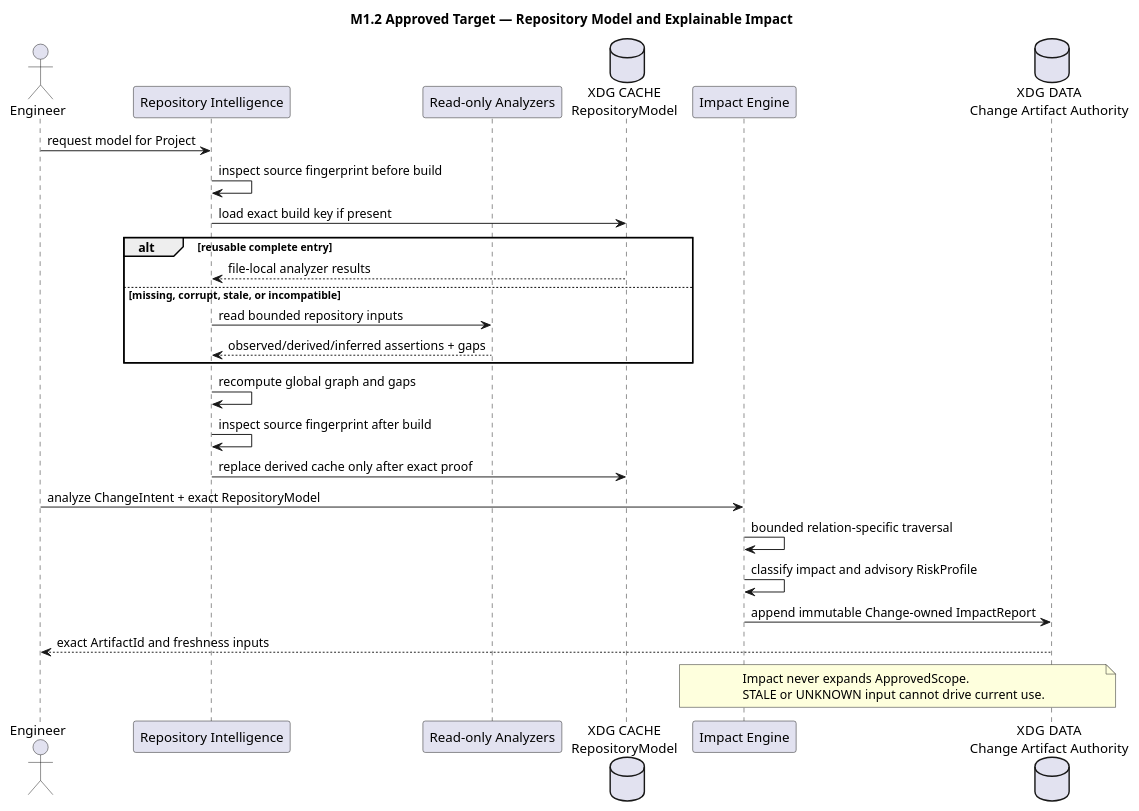
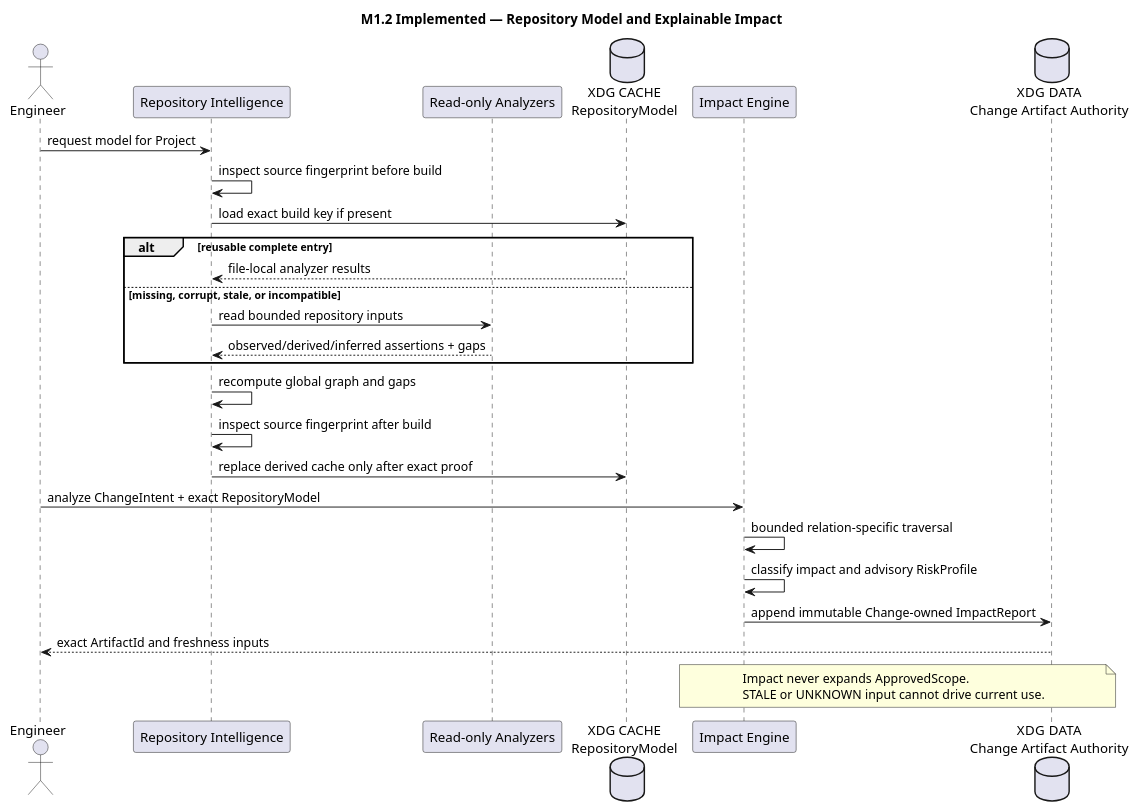
Before and after one commit to Eu-Pedro0ficial/praetor: the diagram in docs/architecture/src/docs/arc42/diagrams/dynamic-impact-analysis.puml, drawn with PlantUML. The commit also changed 49 other files, not shown here.

Commit message:
feat(m1.2): add repository intelligence impact and risk

```diff
--- a/docs/architecture/src/docs/arc42/diagrams/dynamic-impact-analysis.puml
+++ b/docs/architecture/src/docs/arc42/diagrams/dynamic-impact-analysis.puml
@@ -1,31 +1,31 @@
 @startuml
-title M1.2 Approved Target — Repository Model and Explainable Impact
+title M1.2 Implemented — Repository Model and Explainable Impact
 actor Engineer
 participant "Repository Intelligence" as RI
 participant "Read-only Analyzers" as Analyzer
 database "XDG CACHE\nRepositoryModel" as Cache
 participant "Impact Engine" as Impact
 database "XDG DATA\nChange Artifact Authority" as Authority
 
 Engineer -> RI: request model for Project
 RI -> RI: inspect source fingerprint before build
 RI -> Cache: load exact build key if present
 alt reusable complete entry
   Cache --> RI: file-local analyzer results
 else missing, corrupt, stale, or incompatible
   RI -> Analyzer: read bounded repository inputs
   Analyzer --> RI: observed/derived/inferred assertions + gaps
 end
 RI -> RI: recompute global graph and gaps
 RI -> RI: inspect source fingerprint after build
 RI -> Cache: replace derived cache only after exact proof
 Engineer -> Impact: analyze ChangeIntent + exact RepositoryModel
 Impact -> Impact: bounded relation-specific traversal
 Impact -> Impact: classify impact and advisory RiskProfile
 Impact -> Authority: append immutable Change-owned ImpactReport
 Authority --> Engineer: exact ArtifactId and freshness inputs
 note over Impact,Authority
 Impact never expands ApprovedScope.
 STALE or UNKNOWN input cannot drive current use.
 end note
 @enduml
```
